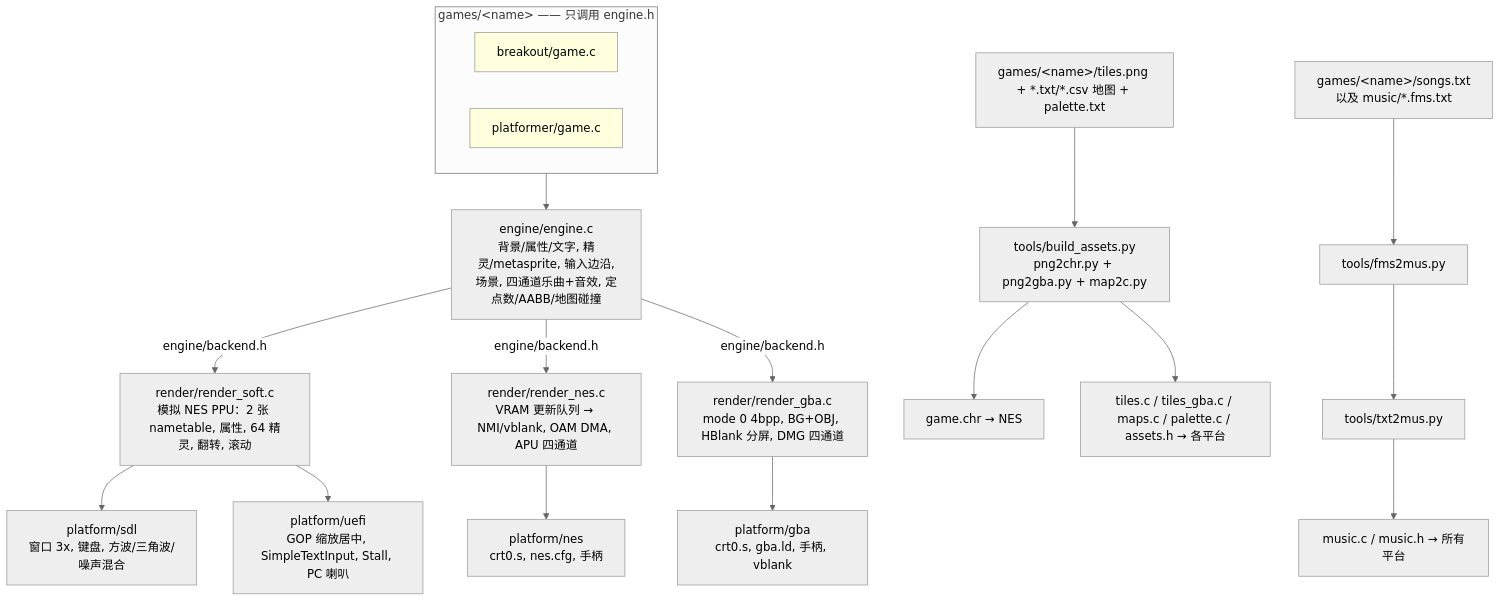
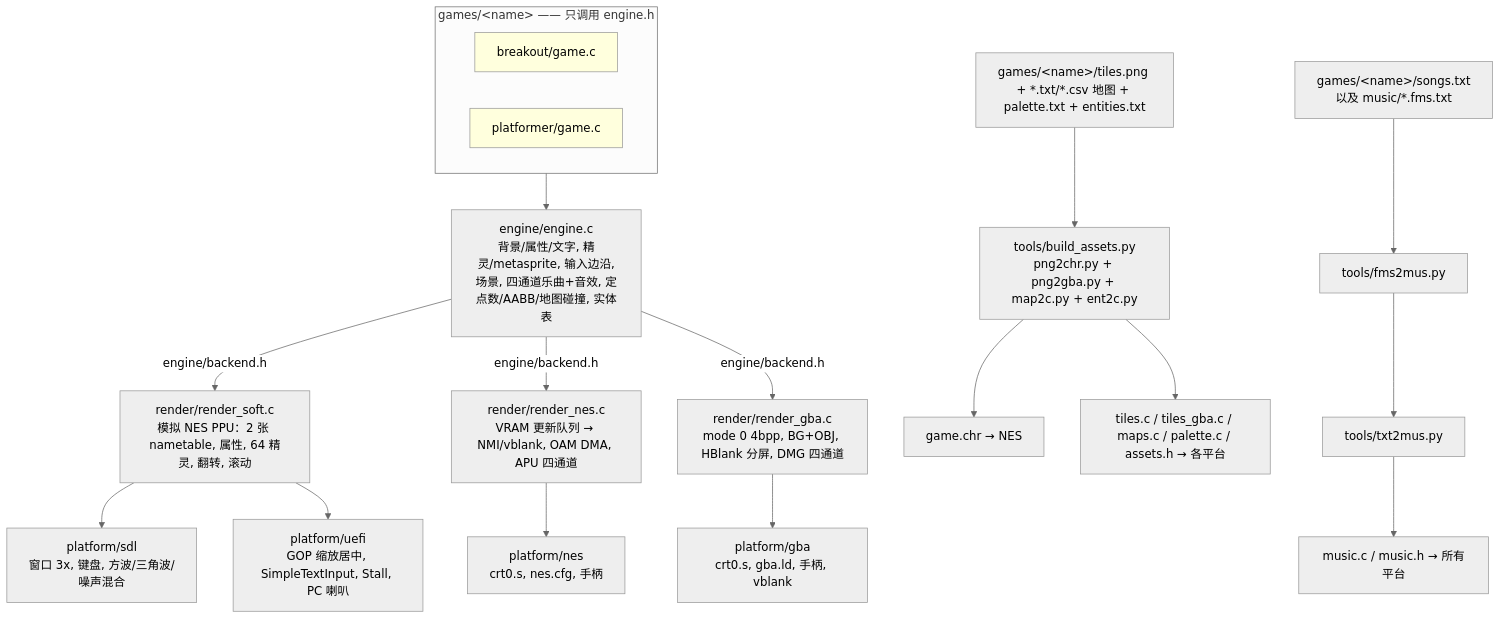
One commit to brightHuang84/RetroEngine changed the diagram in README.md. Above: the diagram before and after it, drawn with Mermaid (neutral theme). The commit also changed other lines of this file and 17 other files, not shown here.

````diff
--- a/README.md
+++ b/README.md
@@ -8,22 +8,22 @@
 ```mermaid
 flowchart TD
   subgraph games[games/&lt;name&gt; —— 只调用 engine.h]
     BG[breakout/game.c]:::g
     PF[platformer/game.c]:::g
   end
-  games --> E[engine/engine.c<br>背景/属性/文字, 精灵/metasprite, 输入边沿,<br>场景, 四通道乐曲+音效, 定点数/AABB/地图碰撞]
+  games --> E[engine/engine.c<br>背景/属性/文字, 精灵/metasprite, 输入边沿,<br>场景, 四通道乐曲+音效, 定点数/AABB/地图碰撞, 实体表]
   E -->|engine/backend.h| RS[render/render_soft.c<br>模拟 NES PPU：2 张 nametable, 属性, 64 精灵, 翻转, 滚动]
   E -->|engine/backend.h| RN[render/render_nes.c<br>VRAM 更新队列 → NMI/vblank, OAM DMA, APU 四通道]
   E -->|engine/backend.h| RG[render/render_gba.c<br>mode 0 4bpp, BG+OBJ, HBlank 分屏, DMG 四通道]
   RS --> SDL[platform/sdl<br>窗口 3x, 键盘, 方波/三角波/噪声混合]
   RS --> UEFI[platform/uefi<br>GOP 缩放居中, SimpleTextInput, Stall, PC 喇叭]
   RN --> NES[platform/nes<br>crt0.s, nes.cfg, 手柄]
   RG --> GBA[platform/gba<br>crt0.s, gba.ld, 手柄, vblank]
-  A[games/&lt;name&gt;/tiles.png + *.txt/*.csv 地图 + palette.txt] --> T[tools/build_assets.py<br>png2chr.py + png2gba.py + map2c.py]
+  A[games/&lt;name&gt;/tiles.png + *.txt/*.csv 地图 + palette.txt + entities.txt] --> T[tools/build_assets.py<br>png2chr.py + png2gba.py + map2c.py + ent2c.py]
   T --> CHR[game.chr → NES]
   T --> CA[tiles.c / tiles_gba.c / maps.c / palette.c / assets.h → 各平台]
   S[games/&lt;name&gt;/songs.txt<br>以及 music/*.fms.txt] --> FM[tools/fms2mus.py]
   FM --> TM[tools/txt2mus.py]
   TM --> MU[music.c / music.h → 所有平台]
   classDef g fill:#ffd
 ```
````
